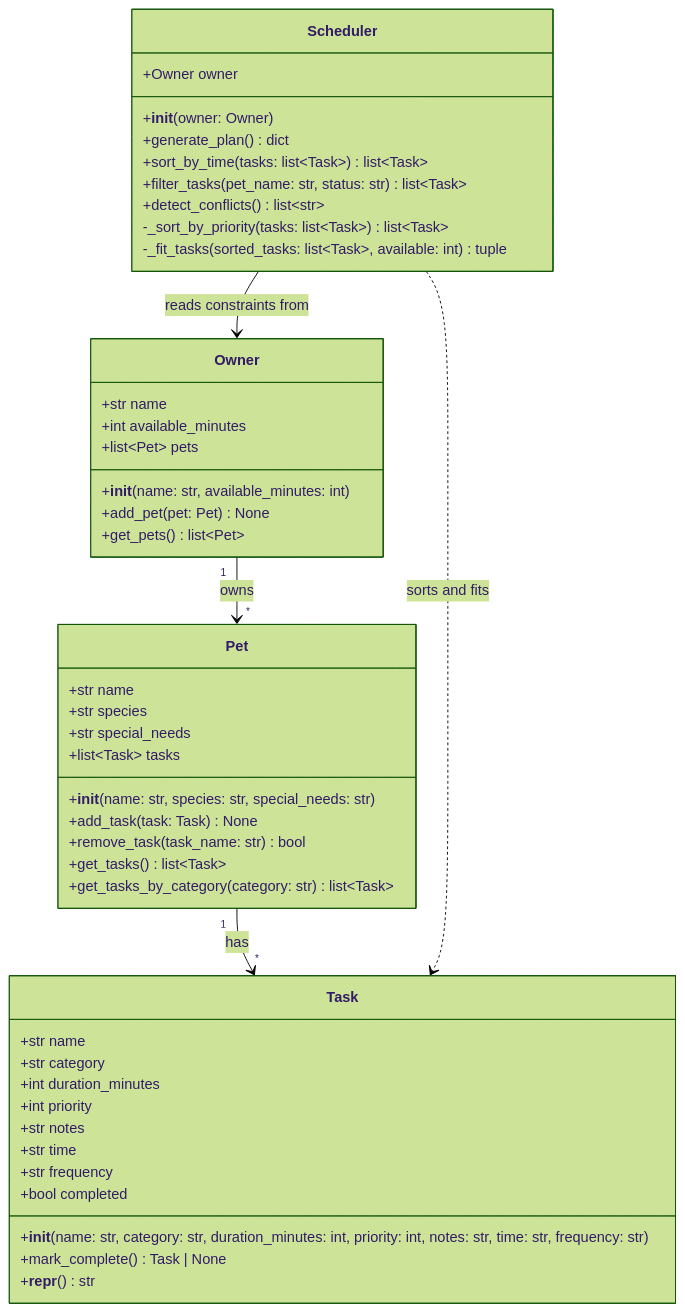
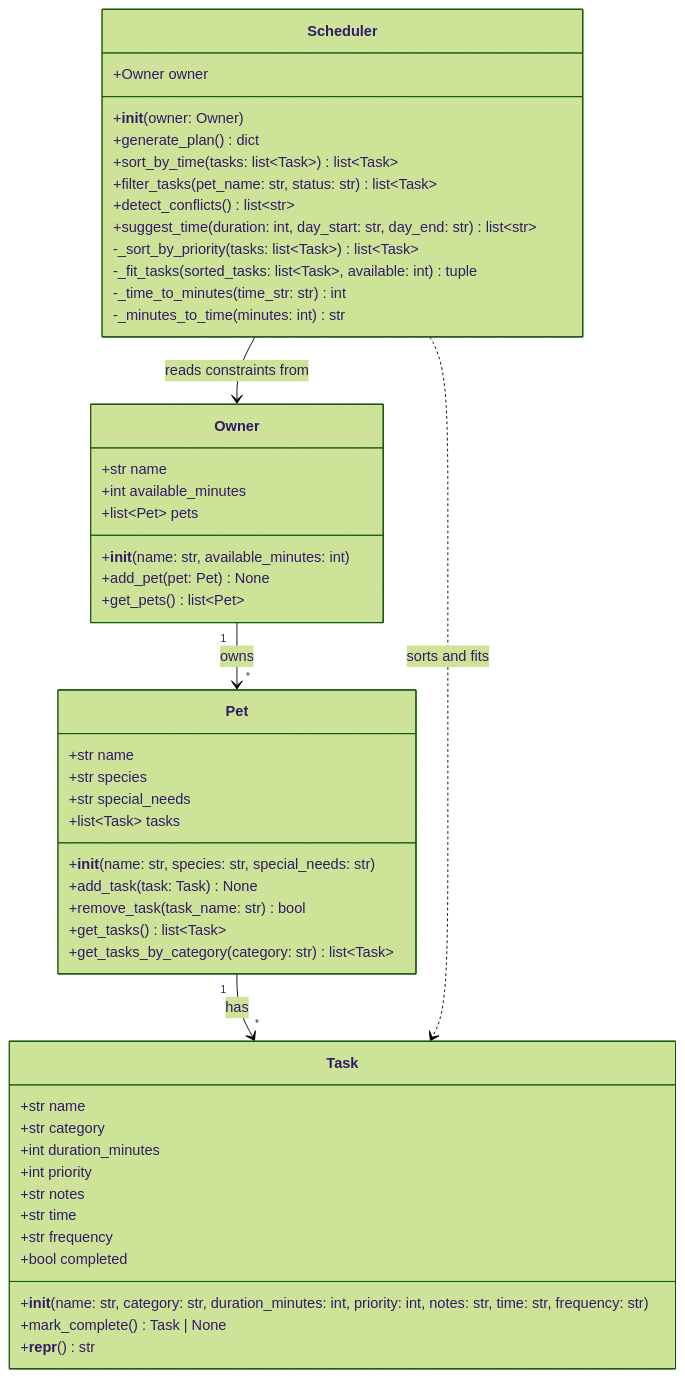
Before and after one commit to ethanncyb/ai110-module2show-pawpal-starter: the diagram in pawpal_class_diagram.md, drawn with Mermaid (forest theme). The commit also changed 4 other files, not shown here.

````diff
--- a/pawpal_class_diagram.md
+++ b/pawpal_class_diagram.md
@@ -3,53 +3,56 @@
 ```mermaid
 classDiagram
     class Owner {
         +str name
         +int available_minutes
         +list~Pet~ pets
         +__init__(name: str, available_minutes: int)
         +add_pet(pet: Pet) None
         +get_pets() list~Pet~
     }
 
     class Pet {
         +str name
         +str species
         +str special_needs
         +list~Task~ tasks
         +__init__(name: str, species: str, special_needs: str)
         +add_task(task: Task) None
         +remove_task(task_name: str) bool
         +get_tasks() list~Task~
         +get_tasks_by_category(category: str) list~Task~
     }
 
     class Task {
         +str name
         +str category
         +int duration_minutes
         +int priority
         +str notes
         +str time
         +str frequency
         +bool completed
         +__init__(name: str, category: str, duration_minutes: int, priority: int, notes: str, time: str, frequency: str)
         +mark_complete() Task | None
         +__repr__() str
     }
 
     class Scheduler {
         +Owner owner
         +__init__(owner: Owner)
         +generate_plan() dict
         +sort_by_time(tasks: list~Task~) list~Task~
         +filter_tasks(pet_name: str, status: str) list~Task~
         +detect_conflicts() list~str~
+        +suggest_time(duration: int, day_start: str, day_end: str) list~str~
         -_sort_by_priority(tasks: list~Task~) list~Task~
         -_fit_tasks(sorted_tasks: list~Task~, available: int) tuple
+        -_time_to_minutes(time_str: str) int
+        -_minutes_to_time(minutes: int) str
     }
 
     Owner "1" --> "*" Pet : owns
     Pet "1" --> "*" Task : has
     Scheduler --> Owner : reads constraints from
     Scheduler ..> Task : sorts and fits
 ```
````
